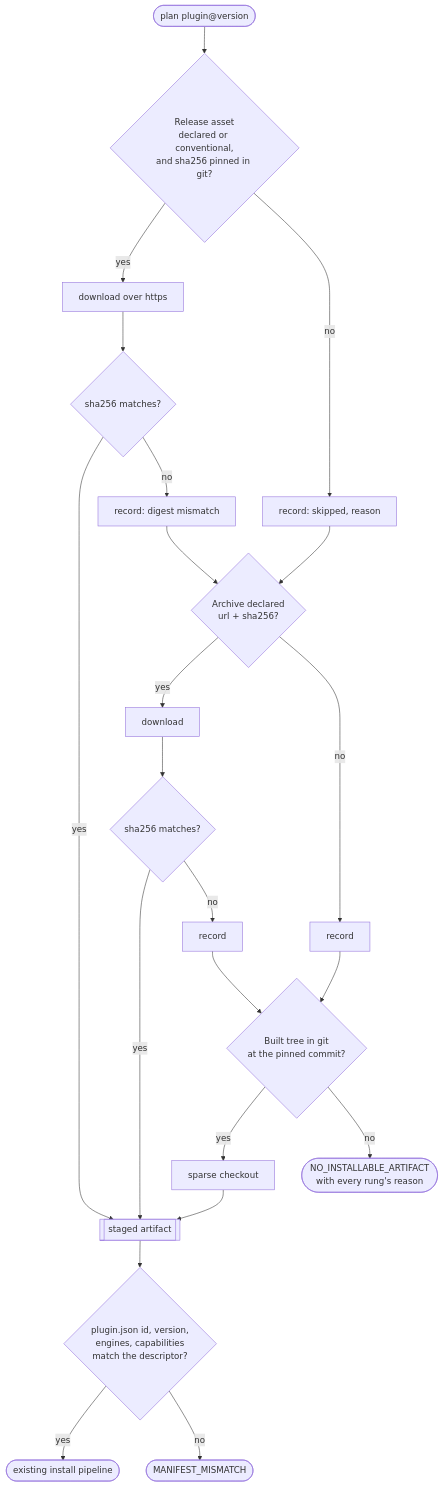
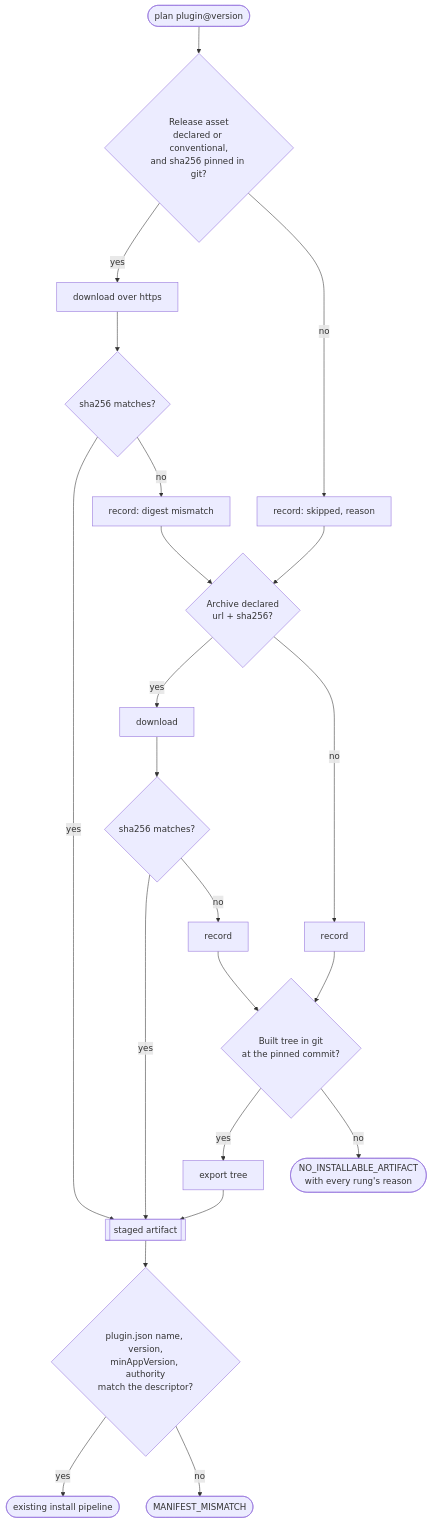
One commit to ken-jo/ave changed the second of 2 diagrams in docs/architecture/proposals/multi-source-git-marketplace.md. Above: the diagram before and after it, drawn with Mermaid. The commit also changed other lines of this file and 6 other files, not shown here.

````diff
--- a/docs/architecture/proposals/multi-source-git-marketplace.md
+++ b/docs/architecture/proposals/multi-source-git-marketplace.md
@@ -168,17 +175,17 @@
 ```mermaid
 flowchart TD
   S([plan plugin@version]) --> R1{Release asset<br/>declared or conventional,<br/>and sha256 pinned in git?}
   R1 -- yes --> D1[download over https] --> V1{sha256 matches?}
   V1 -- yes --> OK
   V1 -- no --> F1[record: digest mismatch] --> R2
   R1 -- no --> N1[record: skipped, reason] --> R2
   R2{Archive declared<br/>url + sha256?} -- yes --> D2[download] --> V2{sha256 matches?}
   V2 -- yes --> OK
   V2 -- no --> F2[record] --> R3
   R2 -- no --> N2[record] --> R3
-  R3{Built tree in git<br/>at the pinned commit?} -- yes --> D3[sparse checkout] --> OK
+  R3{Built tree in git<br/>at the pinned commit?} -- yes --> D3[export tree] --> OK
   R3 -- no --> FAIL([NO_INSTALLABLE_ARTIFACT<br/>with every rung's reason])
-  OK[[staged artifact]] --> M{plugin.json id, version,<br/>engines, capabilities<br/>match the descriptor?}
+  OK[[staged artifact]] --> M{plugin.json name, version,<br/>minAppVersion, authority<br/>match the descriptor?}
   M -- yes --> P([existing install pipeline])
   M -- no --> X([MANIFEST_MISMATCH])
 ```
````
